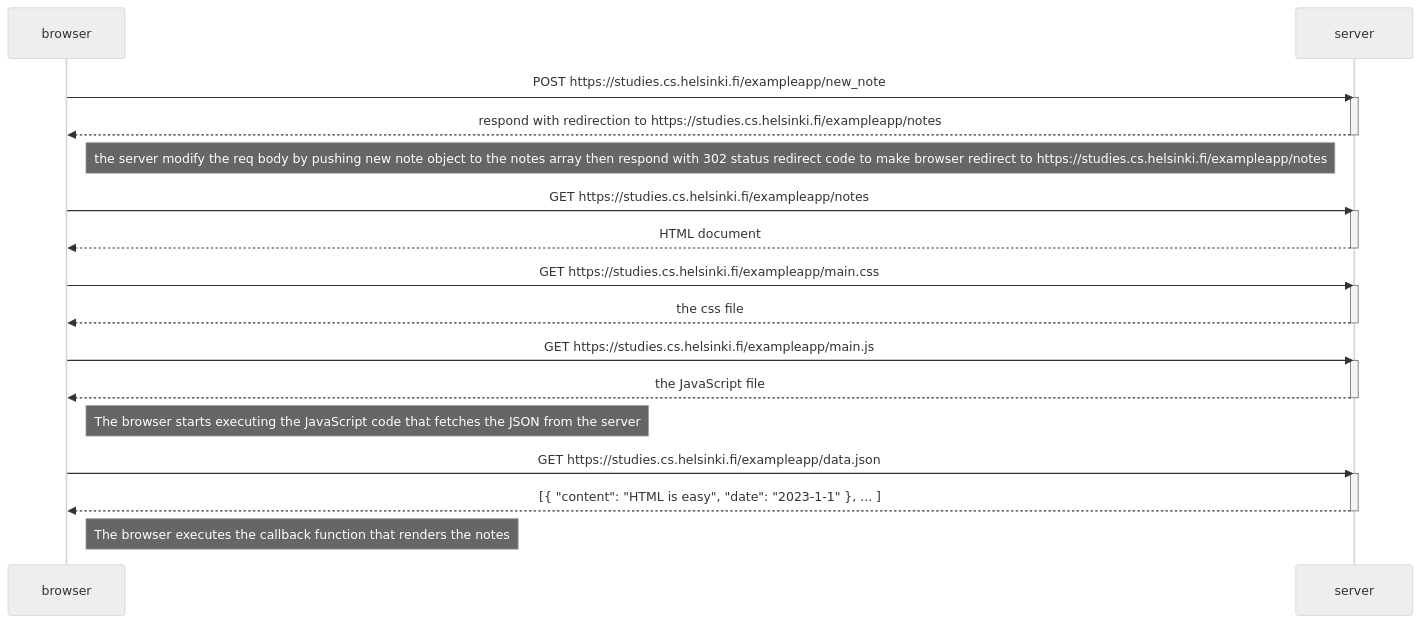
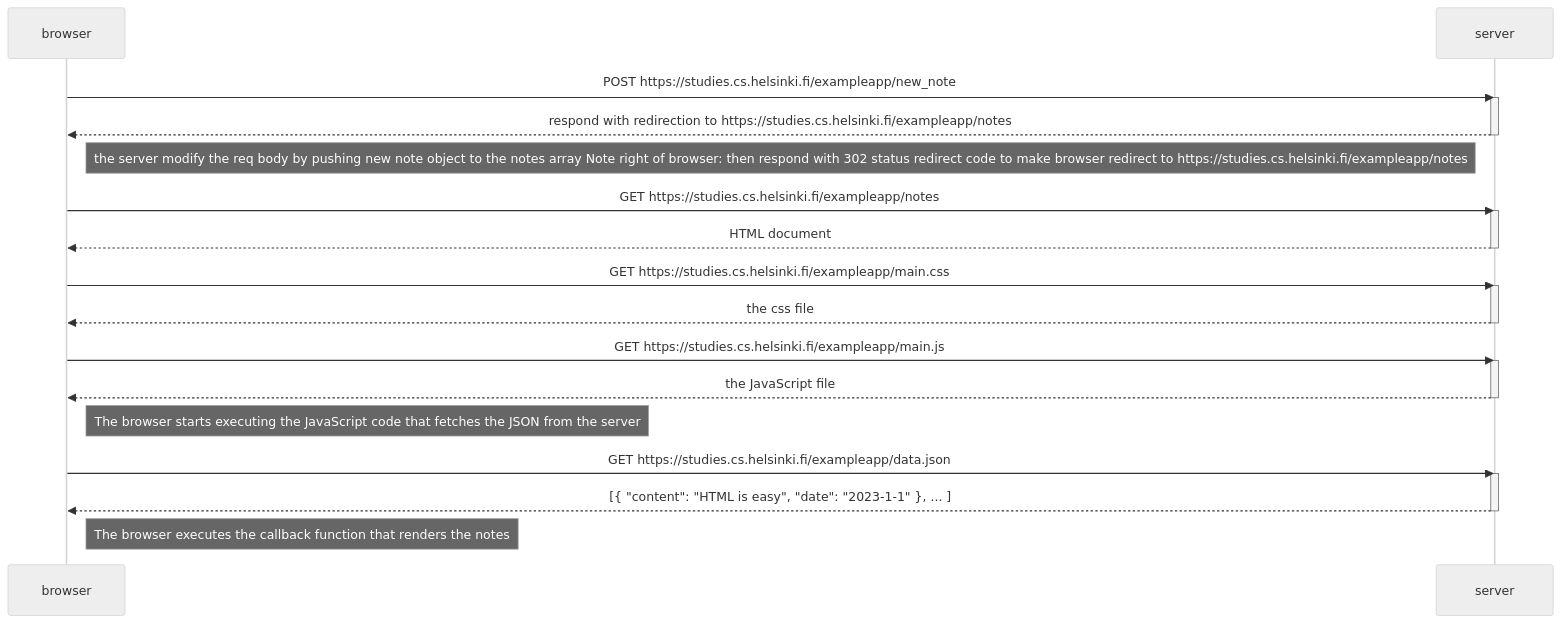
The first of 3 diagrams in part0/README.md (mohamed20163858/reviewReact), drawn with Mermaid (neutral theme) before and after one commit.

````diff
--- a/part0/README.md
+++ b/part0/README.md
@@ -5,38 +5,38 @@
 ```mermaid
 sequenceDiagram
 participant browser
 participant server
 
     browser->>server: POST https://studies.cs.helsinki.fi/exampleapp/new_note
     activate server
     server-->>browser: respond with redirection to https://studies.cs.helsinki.fi/exampleapp/notes
     deactivate server
 
-    Note right of browser: the server modify the req body by pushing new note object to the notes array then respond with 302 status redirect code to make browser redirect to https://studies.cs.helsinki.fi/exampleapp/notes
+    Note right of browser: the server modify the req body by pushing new note object to the notes array Note right of browser: then respond with 302 status redirect code to make browser redirect to https://studies.cs.helsinki.fi/exampleapp/notes
 
     browser->>server: GET https://studies.cs.helsinki.fi/exampleapp/notes
     activate server
     server-->>browser: HTML document
     deactivate server
 
 
     browser->>server: GET https://studies.cs.helsinki.fi/exampleapp/main.css
     activate server
     server-->>browser: the css file
     deactivate server
 
     browser->>server: GET https://studies.cs.helsinki.fi/exampleapp/main.js
     activate server
     server-->>browser: the JavaScript file
     deactivate server
 
     Note right of browser: The browser starts executing the JavaScript code that fetches the JSON from the server
 
     browser->>server: GET https://studies.cs.helsinki.fi/exampleapp/data.json
     activate server
     server-->>browser: [{ "content": "HTML is easy", "date": "2023-1-1" }, ... ]
     deactivate server
 
     Note right of browser: The browser executes the callback function that renders the notes
 
 ```
````
